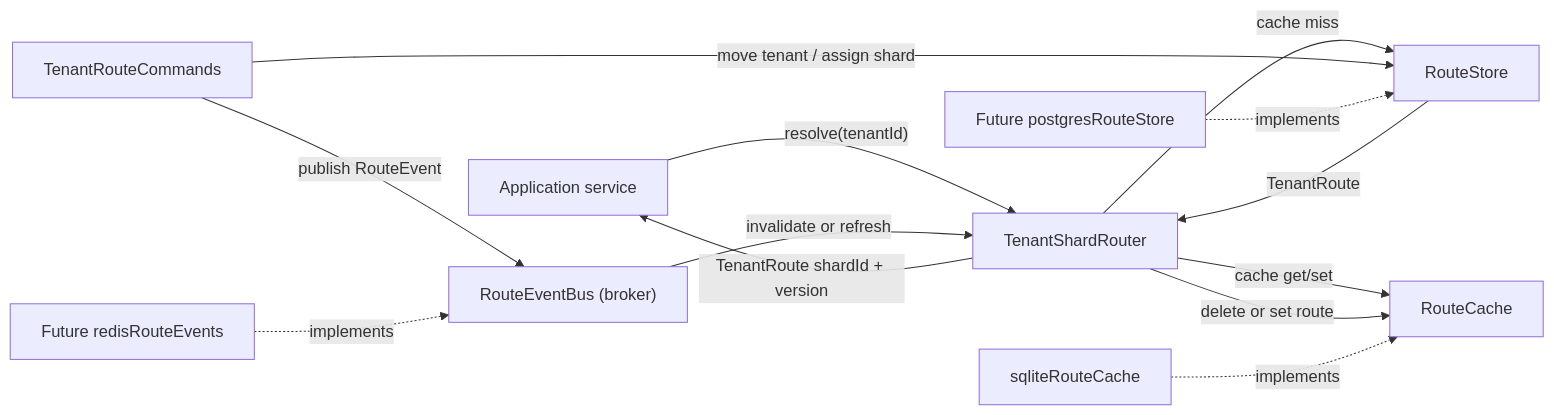
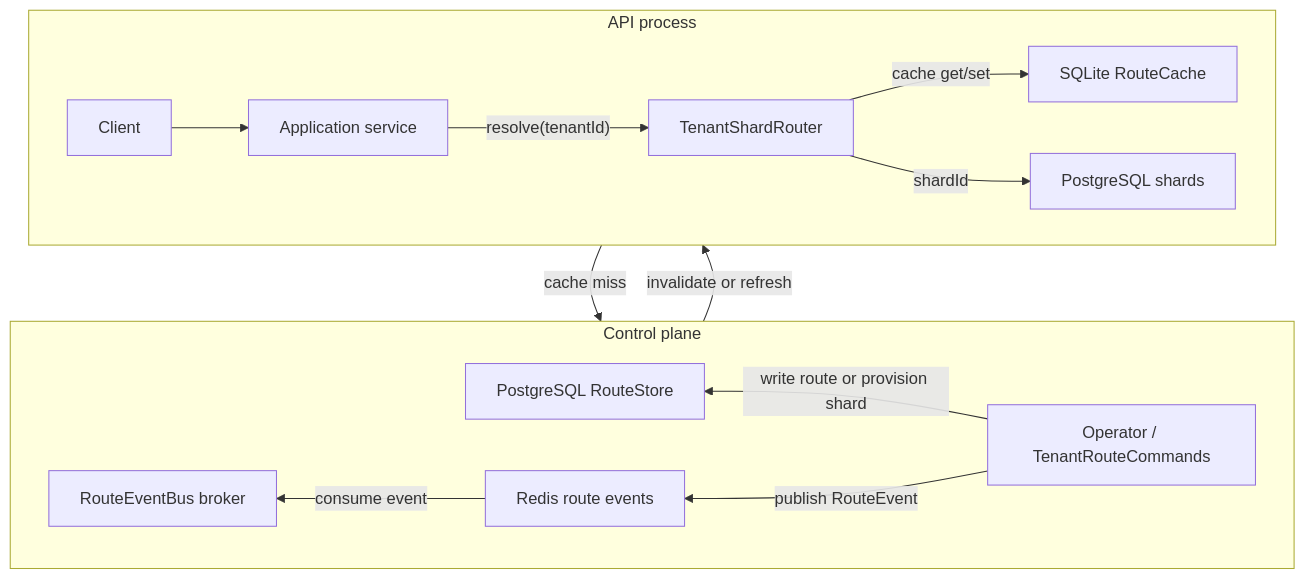
The diagram in README.md (wei-yuuuu/tenant-router), drawn with Mermaid before and after one commit.

Commit message:
docs: align architecture diagram

````diff
--- a/README.md
+++ b/README.md
@@ -17,17 +17,20 @@
 ```mermaid
-flowchart LR
-  Service["Application service"] -->|"resolve(tenantId)"| Router["TenantShardRouter"]
-  Router -->|"cache get/set"| Cache["RouteCache"]
-  Router -->|"cache miss"| Store["RouteStore"]
-  Store -->|"TenantRoute"| Router
-  Router -->|"TenantRoute shardId + version"| Service
+flowchart TB
+  subgraph ControlPlane["Control plane"]
+    direction RL
+    Operator["Operator / TenantRouteCommands"] -->|"write route or provision shard"| Store["PostgreSQL RouteStore"]
+    Operator -->|"publish RouteEvent"| Redis["Redis route events"]
+    Redis -->|"consume event"| Broker["RouteEventBus broker"]
+  end
 
-  Operator["TenantRouteCommands"] -->|"move tenant / assign shard"| Store
-  Operator -->|"publish RouteEvent"| Events["RouteEventBus (broker)"]
-  Events -->|"invalidate or refresh"| Router
-  Router -->|"delete or set route"| Cache
+  subgraph DataPlane["API process"]
+    direction LR
+    Client["Client"] --> API["Application service"]
+    API -->|"resolve(tenantId)"| Router["TenantShardRouter"]
+    Router -->|"cache get/set"| Cache["SQLite RouteCache"]
+    Router -->|"cache miss"| Store
+    Router -->|"shardId"| Shards["PostgreSQL shards"]
+  end
 
-  Postgres["Future postgresRouteStore"] -. implements .-> Store
-  Redis["Future redisRouteEvents"] -. implements .-> Events
-  Sqlite["sqliteRouteCache"] -. implements .-> Cache
+  Broker -->|"invalidate or refresh"| Router
 ```
````
